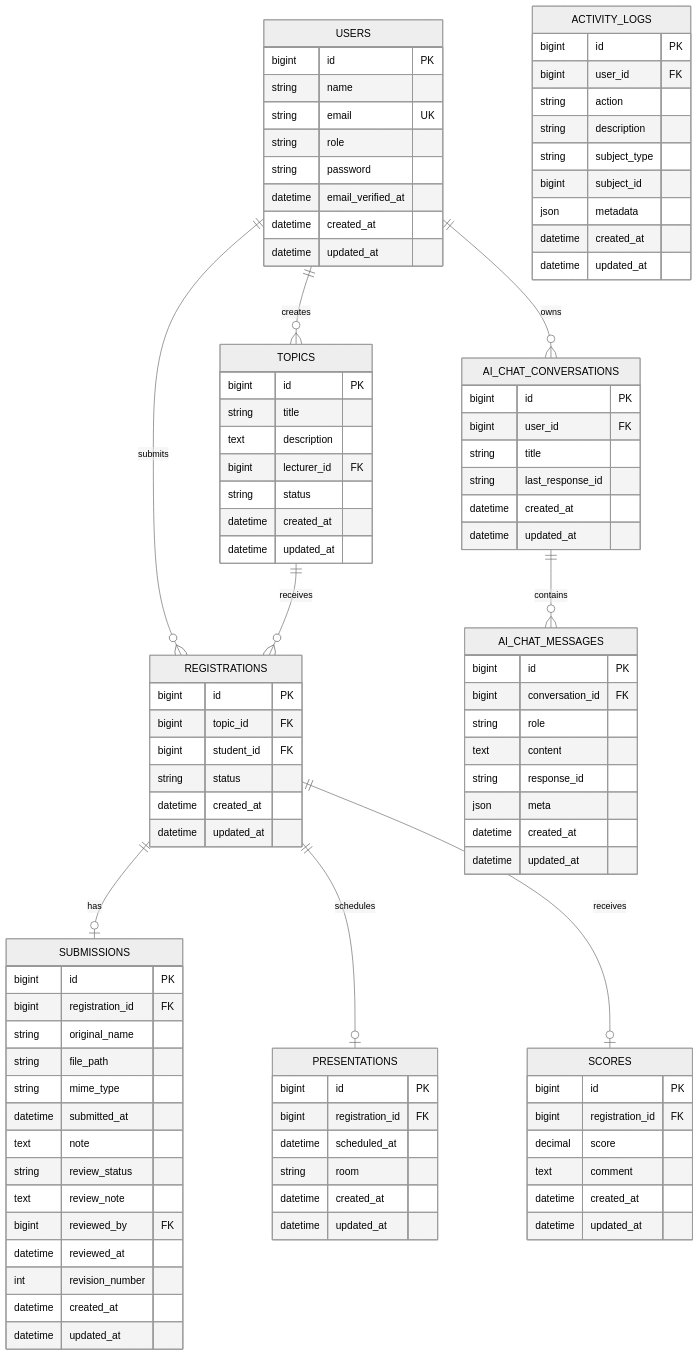
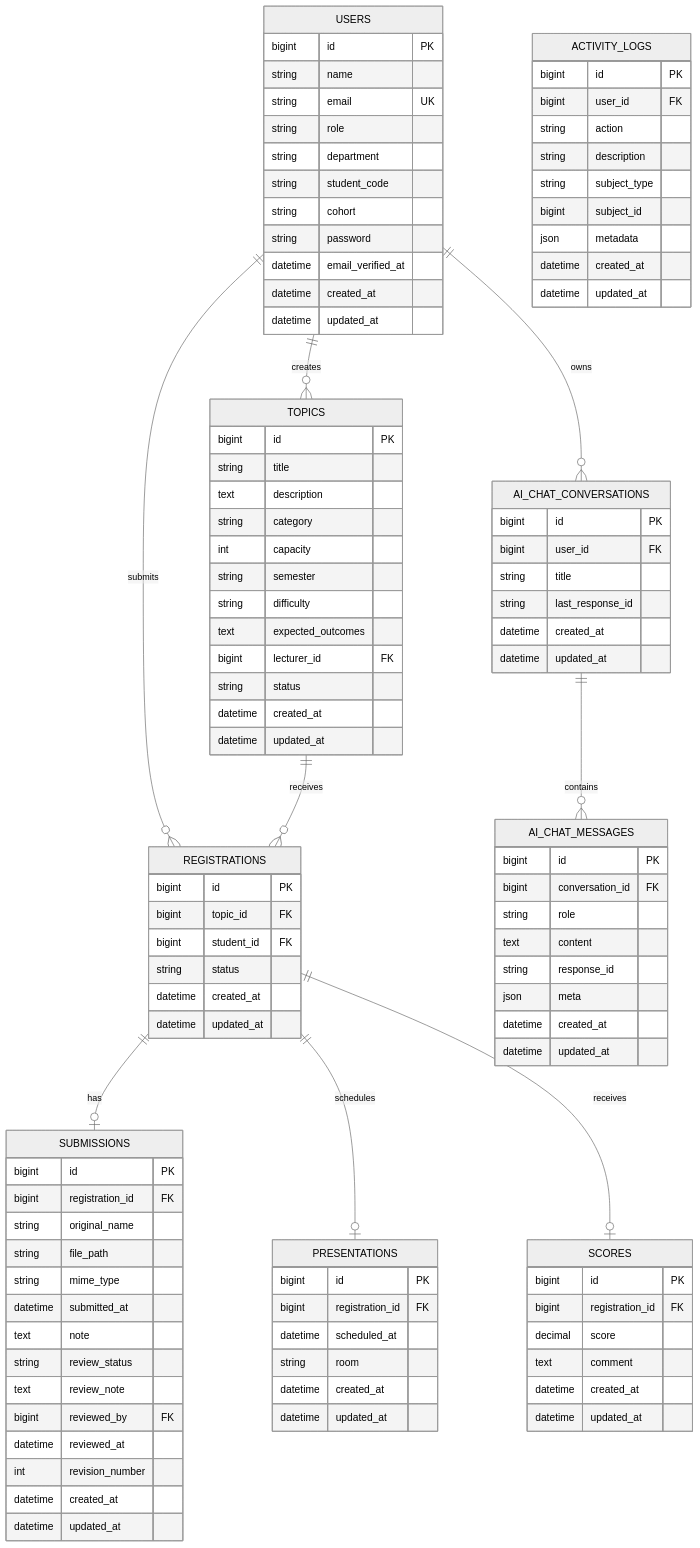
The diagram in DATABASE.md (DYBInh2k5/Seminar-Manager_Seminar_Web_SDFramework), drawn with Mermaid (neutral theme) before and after one commit. The commit also changed other lines of this file and 23 other files, not shown here.

```diff
--- a/DATABASE.md
+++ b/DATABASE.md
@@ -285,6 +294,9 @@
         string name
         string email UK
         string role
+        string department
+        string student_code
+        string cohort
         string password
         datetime email_verified_at
         datetime created_at
@@ -295,6 +307,11 @@
         bigint id PK
         string title
         text description
+        string category
+        int capacity
+        string semester
+        string difficulty
+        text expected_outcomes
         bigint lecturer_id FK
         string status
         datetime created_at
```
